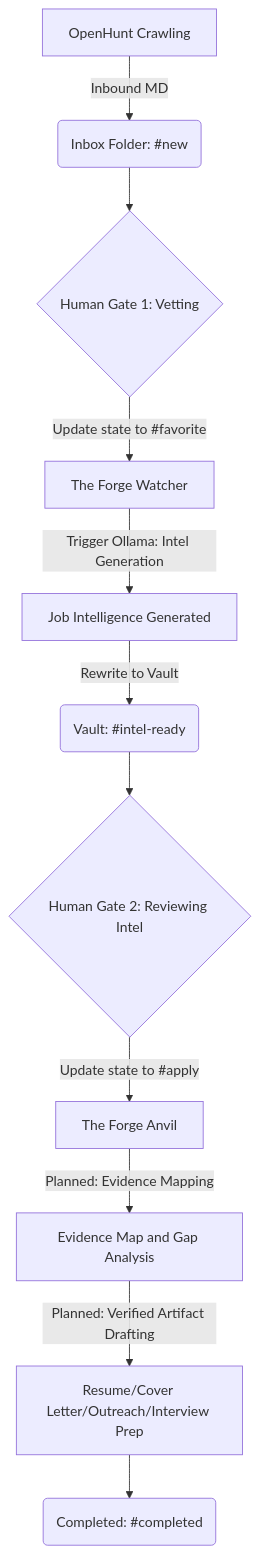
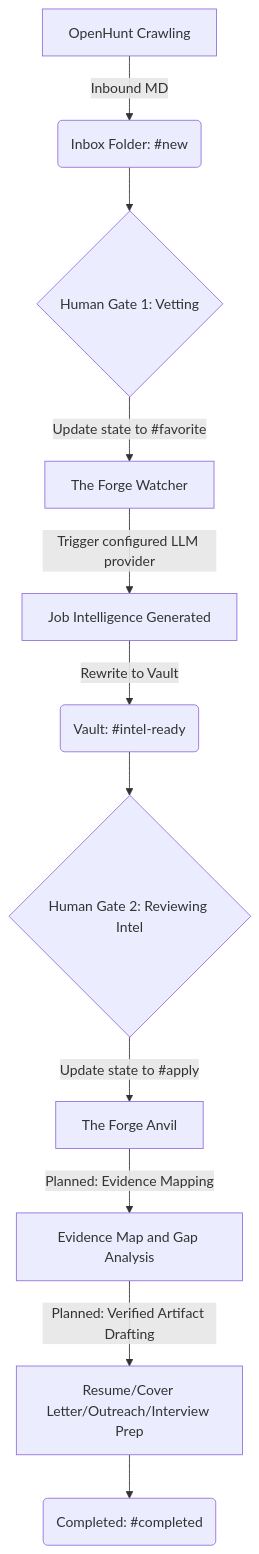
The diagram in README.md (admbahm/theForge), drawn with Mermaid before and after one commit. The commit also changed other lines of this file and 15 other files, not shown here.

````diff
--- a/README.md
+++ b/README.md
@@ -54,13 +54,13 @@
 ```mermaid
 graph TD
     A[OpenHunt Crawling] -->|Inbound MD| B(Inbox Folder: #new)
     B --> C{Human Gate 1: Vetting}
     C -->|Update state to #favorite| D[The Forge Watcher]
-    D -->|Trigger Ollama: Intel Generation| E[Job Intelligence Generated]
+    D -->|Trigger configured LLM provider| E[Job Intelligence Generated]
     E -->|Rewrite to Vault| F(Vault: #intel-ready)
     F --> G{Human Gate 2: Reviewing Intel}
     G -->|Update state to #apply| H[The Forge Anvil]
     H -->|Planned: Evidence Mapping| I[Evidence Map and Gap Analysis]
     I -->|Planned: Verified Artifact Drafting| J[Resume/Cover Letter/Outreach/Interview Prep]
     J --> K(Completed: #completed)
 ```
````
